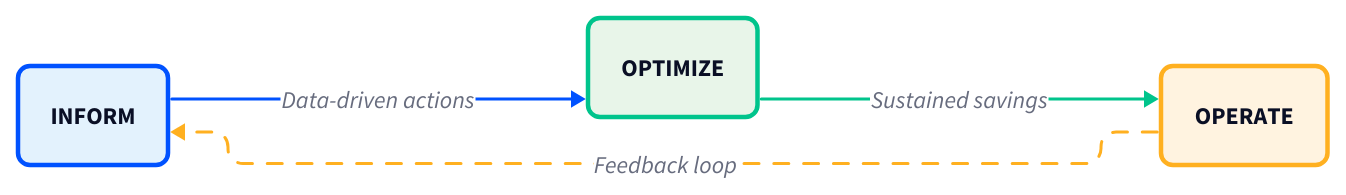
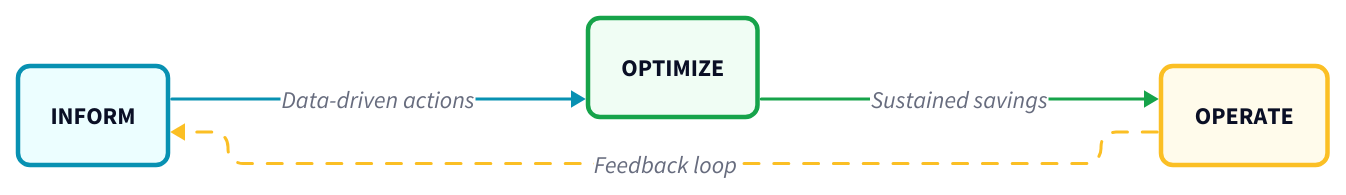
Before and after one commit to muskanbandta23/zopebooks: the diagram in books/finops-playbook/diagrams/finops-lifecycle.d2, drawn with D2. The commit also changed 53 other files, not shown here.

```diff
--- a/books/finops-playbook/diagrams/finops-lifecycle.d2
+++ b/books/finops-playbook/diagrams/finops-lifecycle.d2
@@ -1,66 +1,66 @@
 # FinOps Lifecycle: Inform → Optimize → Operate
-# Brand: Zopdev (#0052FF primary, #00C48C success, #FFB020 warning)
+# Brand: Zopdev (#0891b2 primary, #16a34a success, #fbbf24 warning)
 
 direction: right
 
 vars: {
   d2-config: {
     layout-engine: elk
     pad: 24
   }
 }
 
 inform: INFORM {
   shape: rectangle
-  style.fill: "#e3f2fd"
-  style.stroke: "#0052FF"
+  style.fill: "#ecfeff"
+  style.stroke: "#0891b2"
   style.stroke-width: 3
   style.border-radius: 8
 
   desc: |md
     Visibility • Allocation
     Tag coverage ≥ 80%
   |
 }
 
 optimize: OPTIMIZE {
   shape: rectangle
-  style.fill: "#e8f5e9"
-  style.stroke: "#00C48C"
+  style.fill: "#f0fdf4"
+  style.stroke: "#16a34a"
   style.stroke-width: 3
   style.border-radius: 8
 
   desc: |md
     Right-size • Reserved instances
     30% waste reduction target
   |
 }
 
 operate: OPERATE {
   shape: rectangle
-  style.fill: "#fff3e0"
-  style.stroke: "#FFB020"
+  style.fill: "#fffbeb"
+  style.stroke: "#fbbf24"
   style.stroke-width: 3
   style.border-radius: 8
 
   desc: |md
     Governance • Automation
     Policy-as-code for all
   |
 }
 
 inform -> optimize: Data-driven actions {
-  style.stroke: "#0052FF"
+  style.stroke: "#0891b2"
   style.stroke-width: 2
 }
 
 optimize -> operate: Sustained savings {
-  style.stroke: "#00C48C"
+  style.stroke: "#16a34a"
   style.stroke-width: 2
 }
 
 operate -> inform: Feedback loop {
-  style.stroke: "#FFB020"
+  style.stroke: "#fbbf24"
   style.stroke-width: 2
   style.stroke-dash: 5
 }
```
